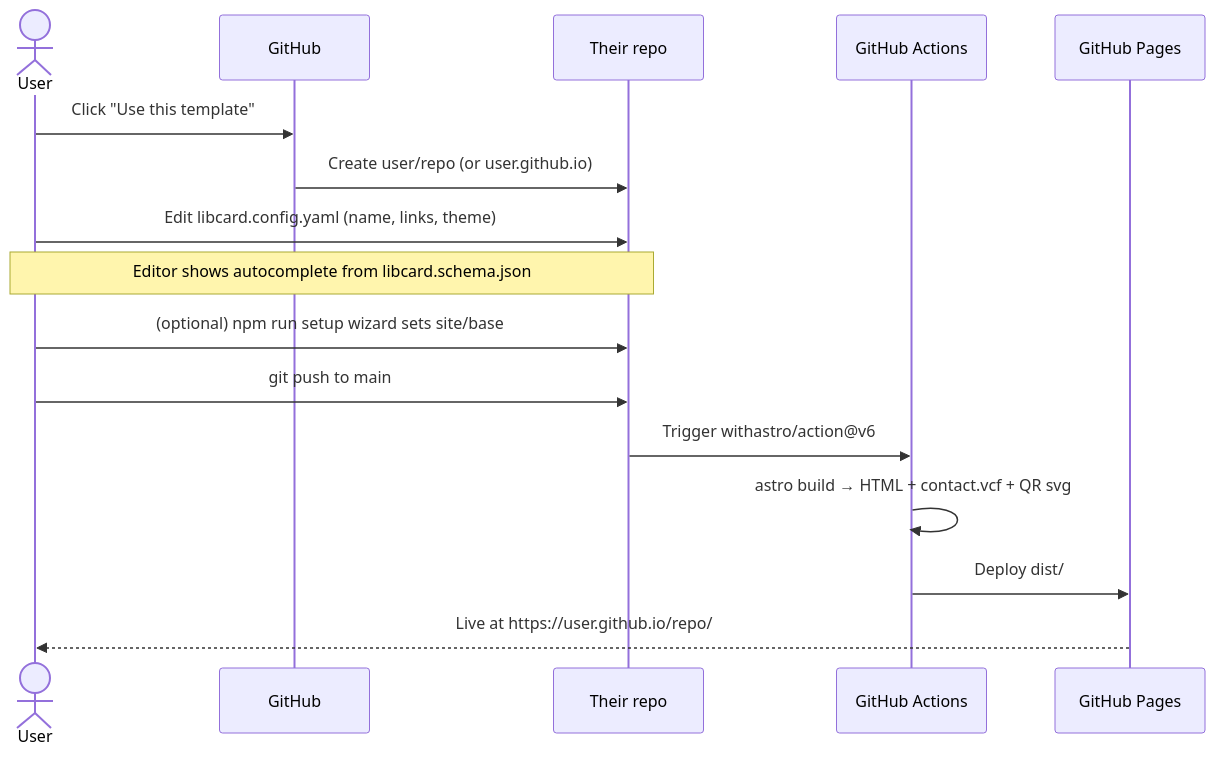
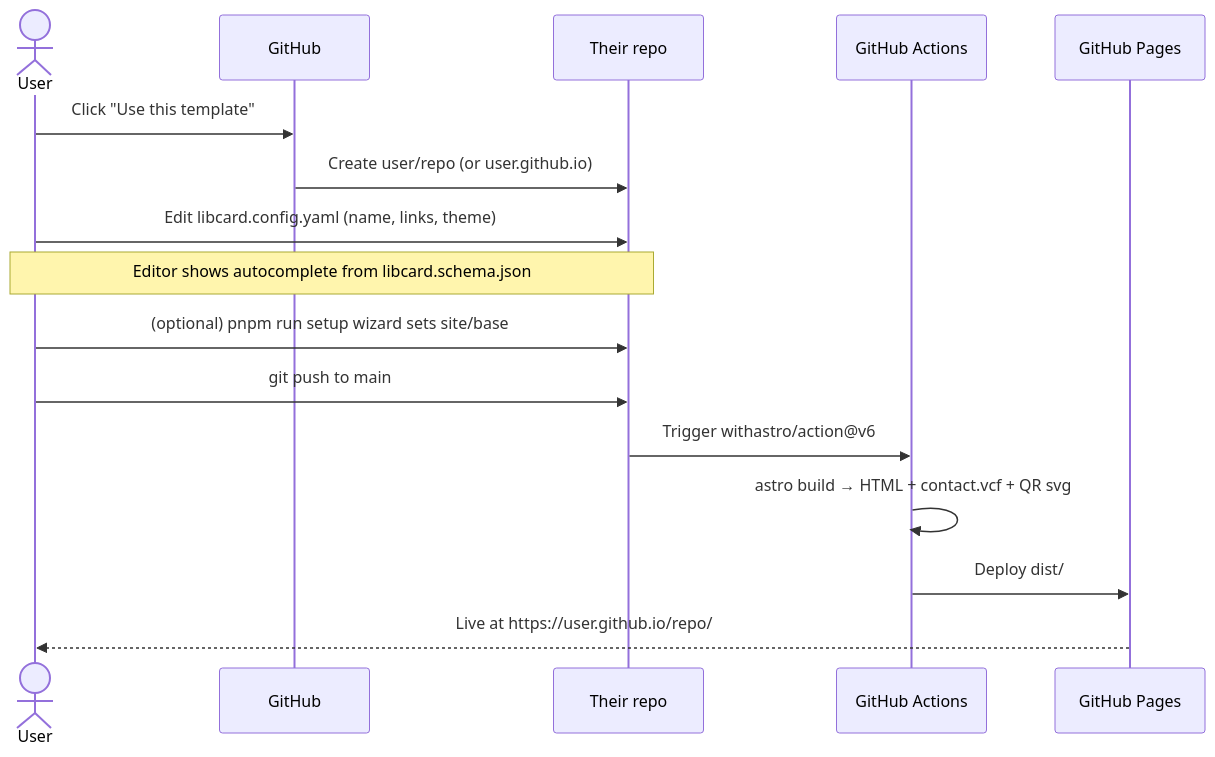
Before and after one commit to crs48/LIBCard: the fifth of 6 diagrams in docs/explorations/0001_[_]_LIBCARD_ARCHITECTURE_AND_MVP.md, drawn with Mermaid. The commit also changed other lines of this file, not shown here.

First line of the commit message:
docs(exploration): standardize on pnpm as the package manager

````diff
--- a/docs/explorations/0001_[_]_LIBCARD_ARCHITECTURE_AND_MVP.md
+++ b/docs/explorations/0001_[_]_LIBCARD_ARCHITECTURE_AND_MVP.md
@@ -399,19 +401,19 @@
 ```mermaid
 sequenceDiagram
     actor User
     participant GH as GitHub
     participant Repo as Their repo
     participant CI as GitHub Actions
     participant Pages as GitHub Pages
 
     User->>GH: Click "Use this template"
     GH->>Repo: Create user/repo (or user.github.io)
     User->>Repo: Edit libcard.config.yaml (name, links, theme)
     Note over User,Repo: Editor shows autocomplete from libcard.schema.json
-    User->>Repo: (optional) npm run setup wizard sets site/base
+    User->>Repo: (optional) pnpm run setup wizard sets site/base
     User->>Repo: git push to main
     Repo->>CI: Trigger withastro/action@v6
     CI->>CI: astro build → HTML + contact.vcf + QR svg
     CI->>Pages: Deploy dist/
     Pages-->>User: Live at https://user.github.io/repo/
 ```
````
